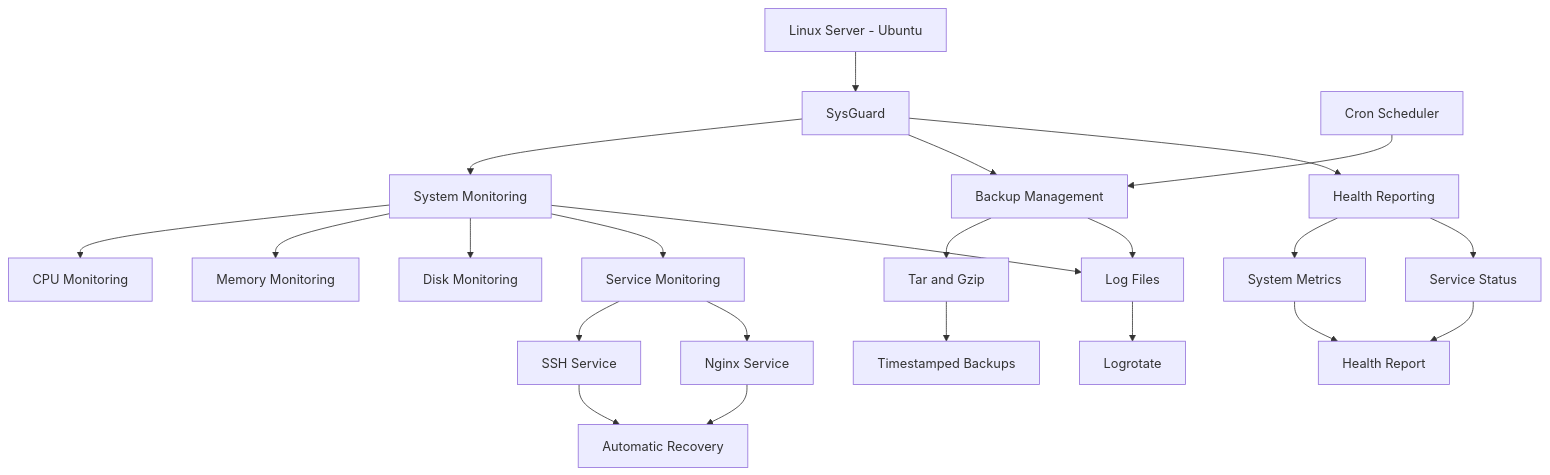
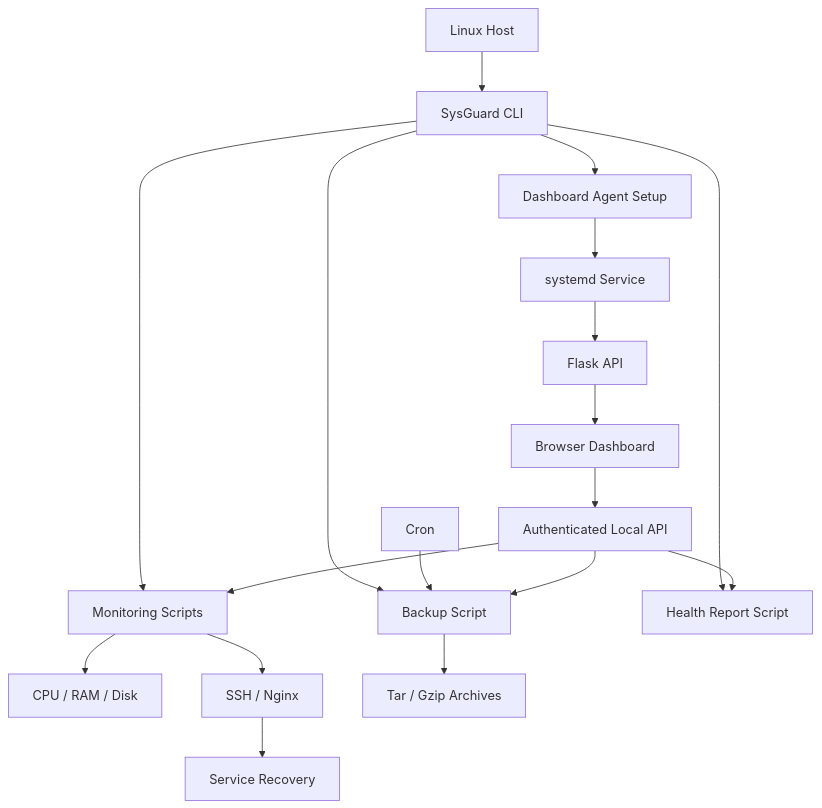
The diagram in docs/architecture.md (nikhilyede/sysguard), drawn with Mermaid before and after one commit. The commit also changed other lines of this file and 17 other files, not shown here.

Commit message:
Complete SysGuard Linux monitoring dashboard

````diff
--- a/docs/architecture.md
+++ b/docs/architecture.md
@@ -9,32 +14,24 @@
 ```mermaid
 flowchart TD
-    A[Linux Server - Ubuntu] --> B[SysGuard]
+    A[Linux Host] --> B[SysGuard CLI]
+    B --> C[Monitoring Scripts]
+    B --> D[Backup Script]
+    B --> E[Health Report Script]
+    B --> F[Dashboard Agent Setup]
 
-    B --> C[System Monitoring]
-    B --> D[Backup Management]
-    B --> E[Health Reporting]
+    C --> G[CPU / RAM / Disk]
+    C --> H[SSH / Nginx]
+    H --> I[Service Recovery]
 
-    C --> F[CPU Monitoring]
-    C --> G[Memory Monitoring]
-    C --> H[Disk Monitoring]
-    C --> I[Service Monitoring]
+    D --> J[Tar / Gzip Archives]
+    K[Cron] --> D
 
-    I --> J[SSH Service]
-    I --> K[Nginx Service]
+    F --> L[systemd Service]
+    L --> M[Flask API]
+    M --> N[Browser Dashboard]
 
-    J --> L[Automatic Recovery]
-    K --> L
-
-    D --> M[Tar and Gzip]
-    M --> N[Timestamped Backups]
-    O[Cron Scheduler] --> D
-
-    E --> P[System Metrics]
-    E --> Q[Service Status]
-    P --> R[Health Report]
-    Q --> R
-
-    C --> S[Log Files]
-    D --> S
-    S --> T[Logrotate]
+    N --> O[Authenticated Local API]
+    O --> C
+    O --> D
+    O --> E
 ```
````
